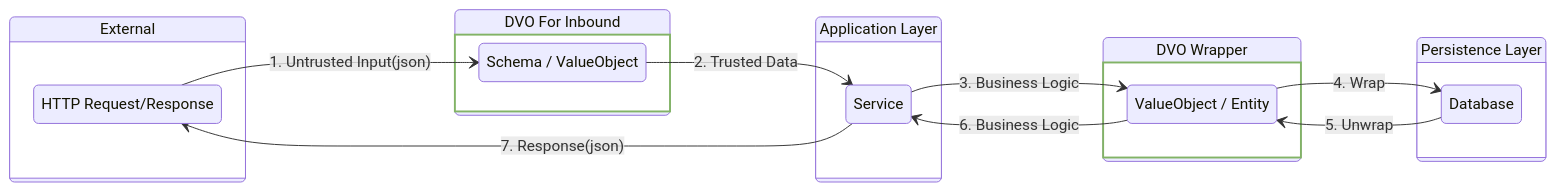
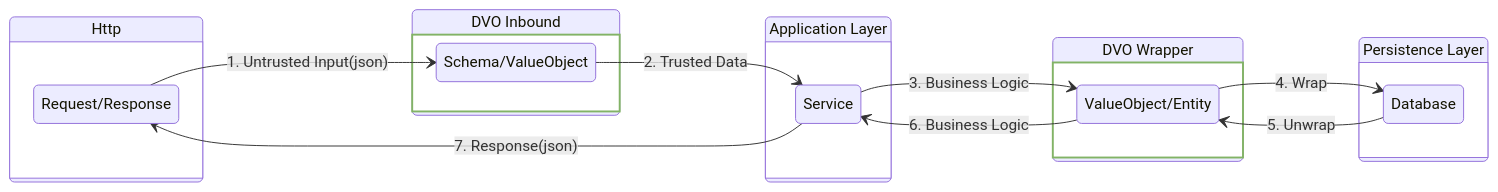
Before and after one commit to kcmvp/dvo: the diagram in README.md, drawn with Mermaid.

Commit message:
adjust document

````diff
--- a/README.md
+++ b/README.md
@@ -38,37 +38,37 @@
 ```mermaid
 stateDiagram-v2
     direction LR
 
-    state "External" as ext {
+    state "Http" as ext {
         direction TB
-        A: HTTP Request/Response
+        A: Request/Response
     }
 
-    state "DVO For Inbound" as dvo {
-        V: Schema / ValueObject
+    state "DVO Inbound" as dvo {
+        V: Schema/ValueObject
     }
 
     state "Application Layer" as app {
         S: Service
     }
 
     state "Persistence Layer" as per {
         DB: Database
     }
     
     state "DVO Wrapper" as outbound {
-        W: ValueObject / Entity
+        W: ValueObject/Entity
     }
 
     A --> V : 1. Untrusted Input(json)
     V --> S : 2. Trusted Data
     S --> W : 3. Business Logic
     W --> DB : 4. Wrap
     DB --> W : 5. Unwrap
     W --> S : 6. Business Logic
     S --> A : 7. Response(json)
 
     classDef dvoStyle stroke:#82B366,stroke-width:2px
     class dvo dvoStyle
     class outbound dvoStyle
 ```
````
